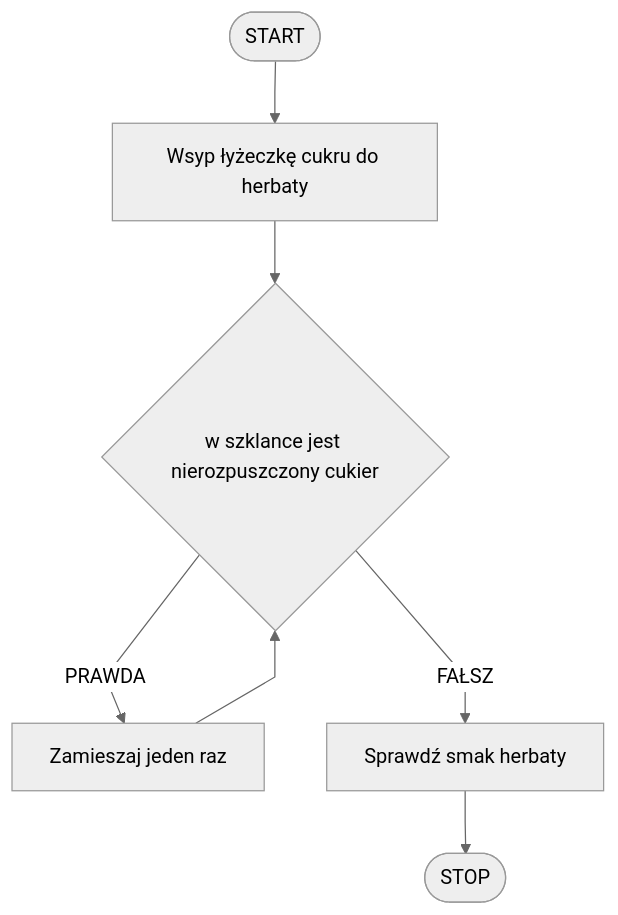
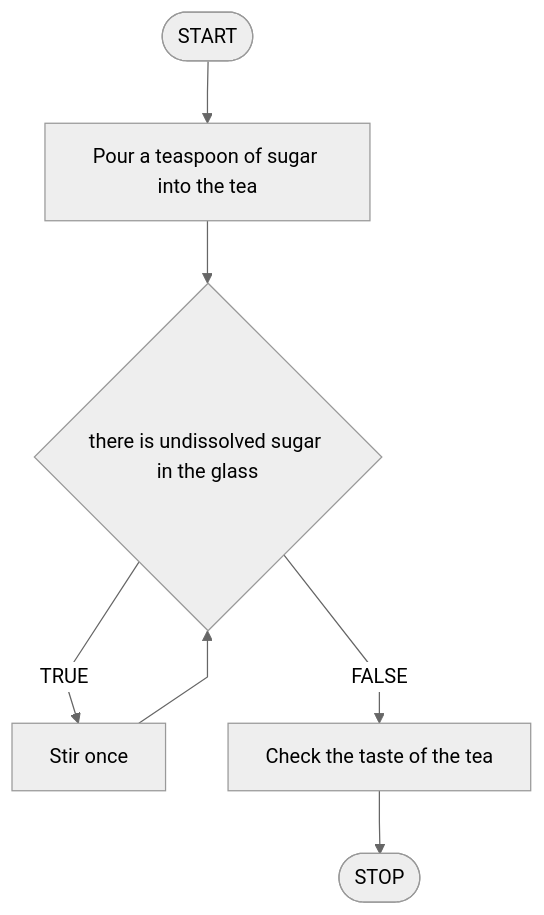
Before and after one commit to blackbat13/edu-cs-htiew-en: the first of 2 diagrams in docs/algorithms/introduction/conditional-loop.md, drawn with Mermaid. The commit also changed other lines of this file and 682 other files, not shown here.

````diff
--- a/docs/algorithms/introduction/conditional-loop.md
+++ b/docs/algorithms/introduction/conditional-loop.md
@@ -28,10 +28,10 @@
 ```mermaid
 %%{init: {"flowchart": {"curve": "linear"}, "theme": "neutral"} }%%
 flowchart TD
-    START([START]) --> K1[Wsyp łyżeczkę cukru do herbaty]
-    K1 --> K2{w szklance jest nierozpuszczony cukier}
-    K2 -- PRAWDA --> K3[Zamieszaj jeden raz]
+    START([START]) --> K1[Pour a teaspoon of sugar into the tea]
+    K1 --> K2{there is undissolved sugar in the glass}
+    K2 -- TRUE --> K3[Stir once]
     K3 --> K2
-    K2 -- FAŁSZ --> K4[Sprawdź smak herbaty]
+    K2 -- FALSE --> K4[Check the taste of the tea]
     K4 --> STOP([STOP])
 ```
````
